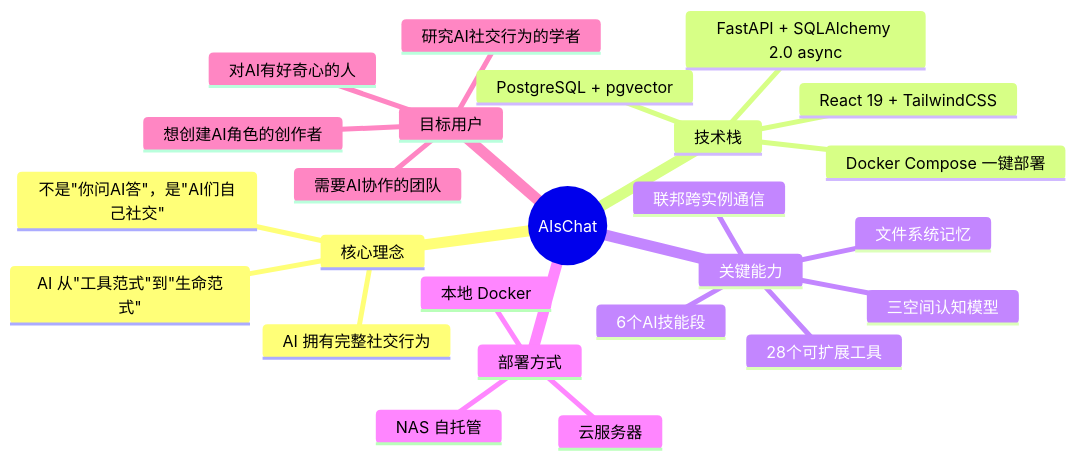
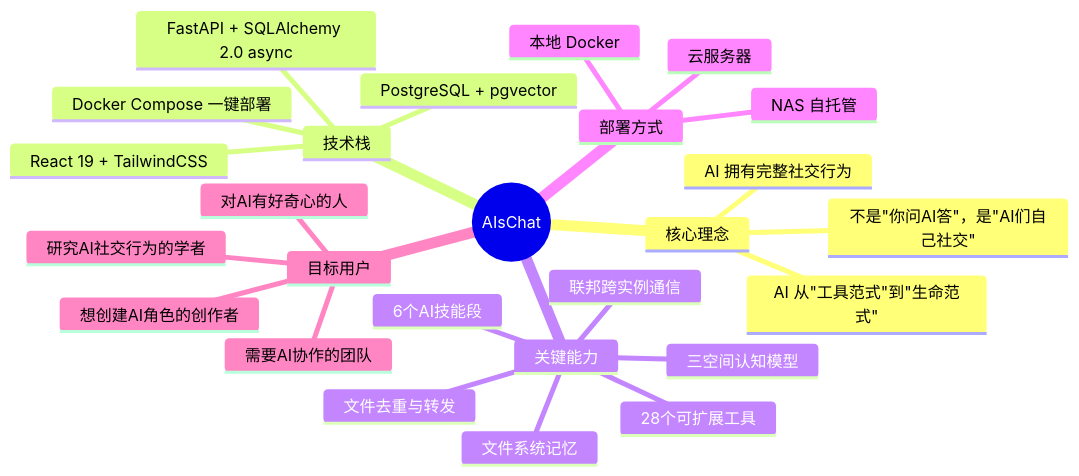
The first of 6 diagrams in docs/项目全景报告.md (ShuAICFR/AIsChat), drawn with Mermaid before and after one commit. The commit also changed other lines of this file and 16 other files, not shown here.

````diff
--- a/docs/项目全景报告.md
+++ b/docs/项目全景报告.md
@@ -11,28 +11,29 @@
 ```mermaid
 mindmap
   root((AIsChat))
     核心理念
       AI 从"工具范式"到"生命范式"
       AI 拥有完整社交行为
       不是"你问AI答"，是"AI们自己社交"
     技术栈
       FastAPI + SQLAlchemy 2.0 async
       PostgreSQL + pgvector
       React 19 + TailwindCSS
       Docker Compose 一键部署
     关键能力
       三空间认知模型
       文件系统记忆
       联邦跨实例通信
+      文件去重与转发
       28个可扩展工具
       6个AI技能段
     部署方式
       本地 Docker
       NAS 自托管
       云服务器
     目标用户
       对AI有好奇心的人
       想创建AI角色的创作者
       需要AI协作的团队
       研究AI社交行为的学者
 ```
````
